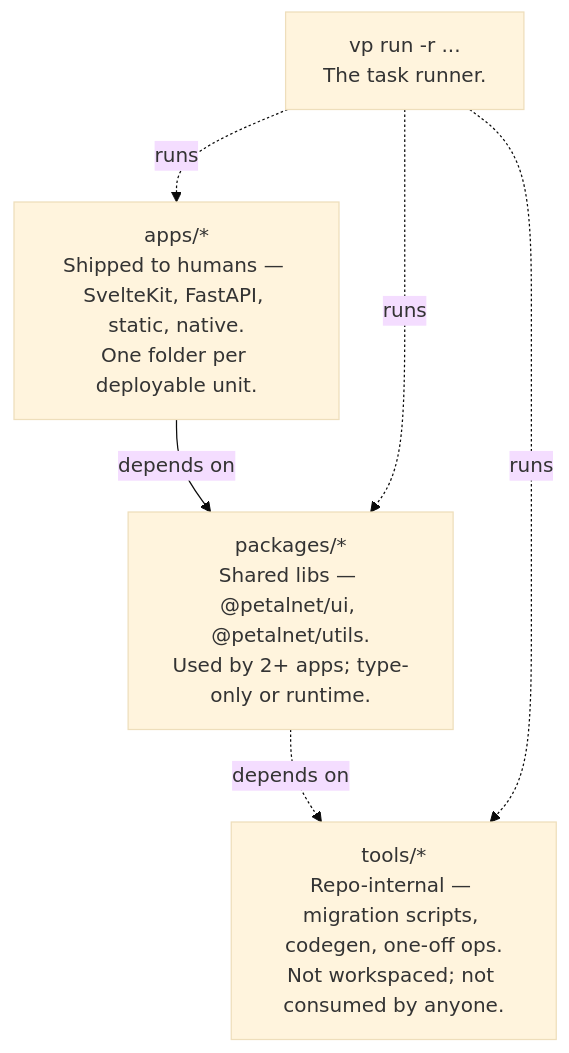
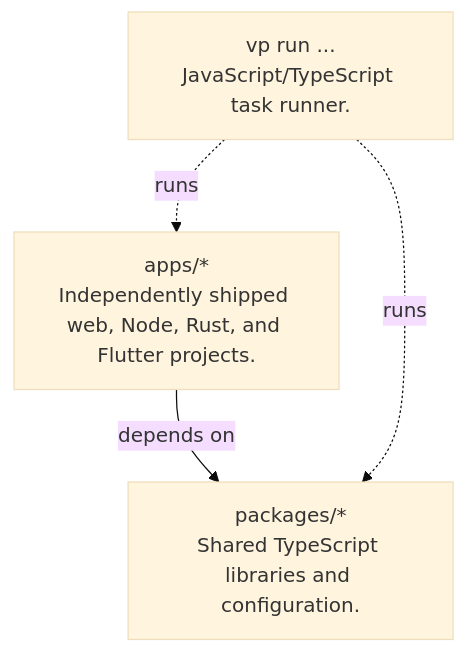
Before and after one commit to PetalNet/monorepo: the first of 2 diagrams in docs/ARCHITECTURE.md, drawn with Mermaid (base theme). The commit also changed other lines of this file and 55 other files, not shown here.

````diff
--- a/docs/ARCHITECTURE.md
+++ b/docs/ARCHITECTURE.md
@@ -7,13 +7,10 @@
 ```mermaid
 flowchart TD
-    apps["apps/*<br/>Shipped to humans — SvelteKit, FastAPI, static, native.<br/>One folder per deployable unit."]
-    packages["packages/*<br/>Shared libs — @petalnet/ui, @petalnet/utils.<br/>Used by 2+ apps; type-only or runtime."]
-    tools["tools/*<br/>Repo-internal — migration scripts, codegen, one-off ops.<br/>Not workspaced; not consumed by anyone."]
-    runner["vp run -r ...<br/>The task runner."]
+    apps["apps/*<br/>Independently shipped web, Node, Rust, and Flutter projects."]
+    packages["packages/*<br/>Shared TypeScript libraries and configuration."]
+    runner["vp run ...<br/>JavaScript/TypeScript task runner."]
 
     apps -->|depends on| packages
     runner -.->|runs| apps
     runner -.->|runs| packages
-    packages -.->|depends on| tools
-    runner -.->|runs| tools
 ```
````
